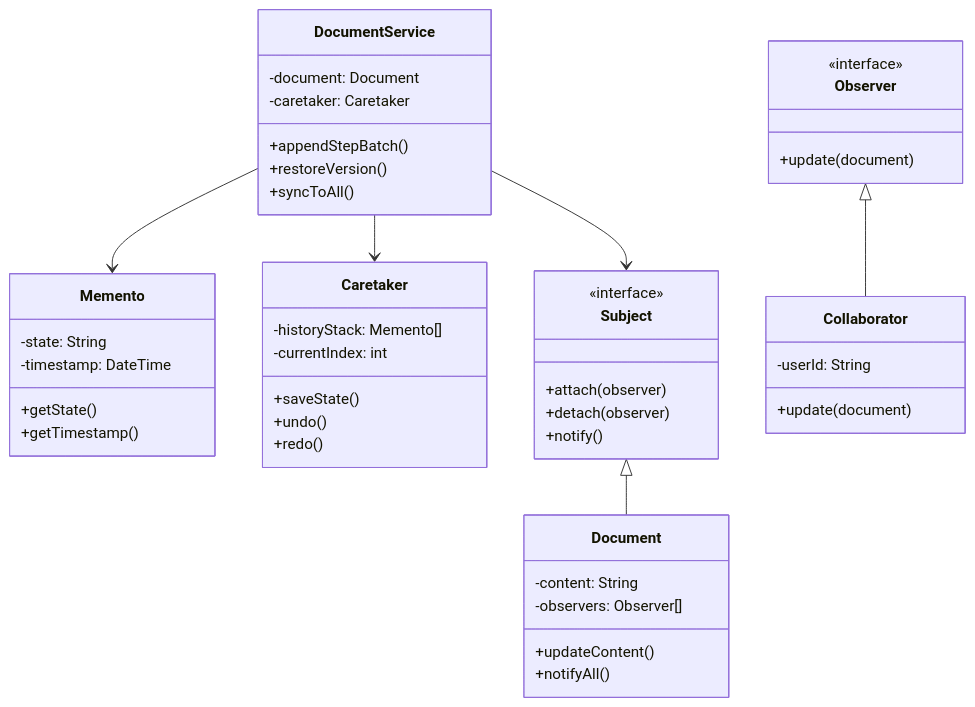
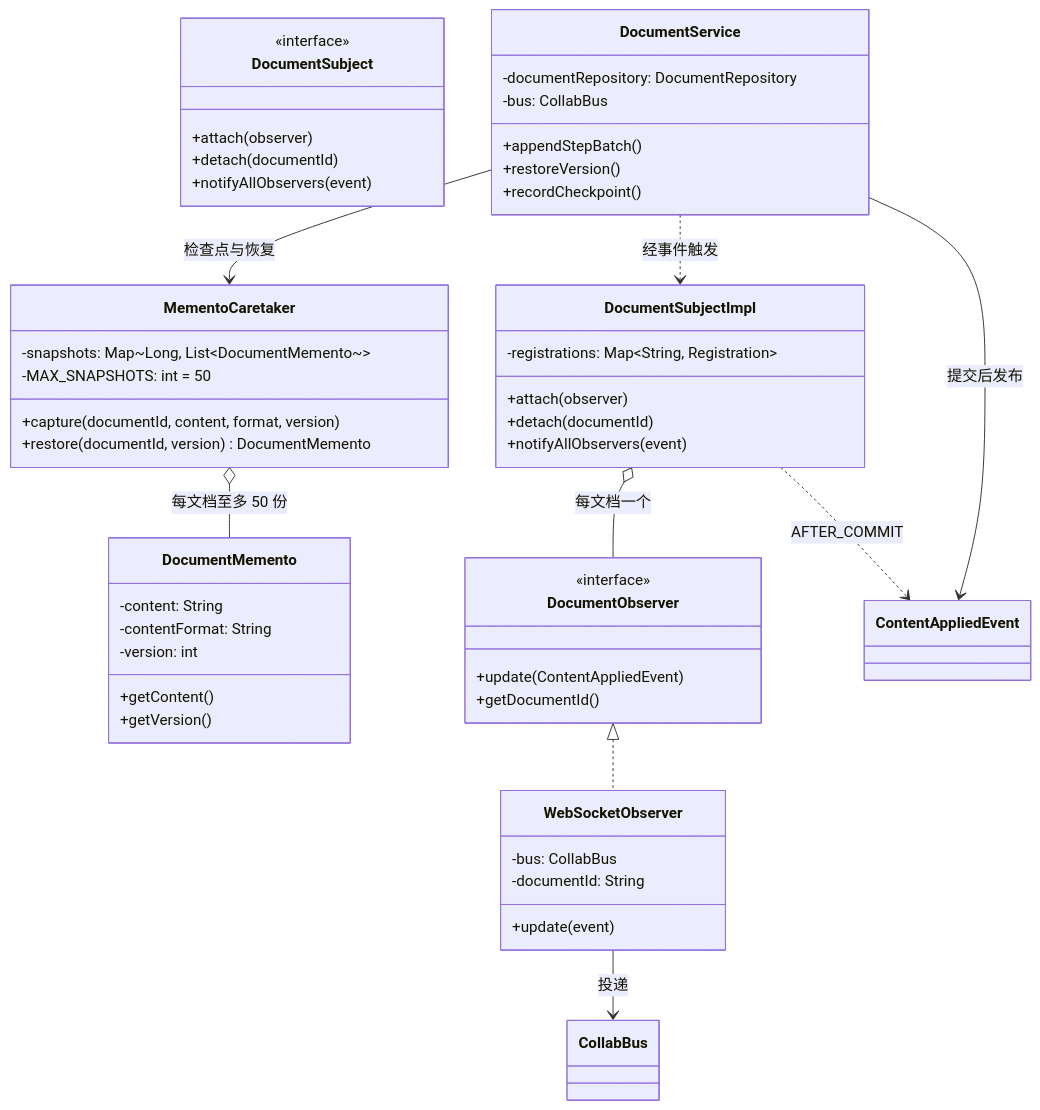
The second of 10 diagrams in 系统模式结构图.md (sky8791-flash/project-design), drawn with Mermaid before and after one commit. The commit also changed other lines of this file and 11 other files, not shown here.

````diff
--- a/系统模式结构图.md
+++ b/系统模式结构图.md
@@ -32,55 +41,60 @@
 ```mermaid
 classDiagram
-    class Memento {
-        -state: String
-        -timestamp: DateTime
-        +getState()
-        +getTimestamp()
+    class DocumentMemento {
+        -content: String
+        -contentFormat: String
+        -version: int
+        +getContent()
+        +getVersion()
     }
     
-    class Caretaker {
-        -historyStack: Memento[]
-        -currentIndex: int
-        +saveState()
-        +undo()
-        +redo()
+    class MementoCaretaker {
+        -snapshots: Map~Long, List~DocumentMemento~~
+        -MAX_SNAPSHOTS: int = 50
+        +capture(documentId, content, format, version)
+        +restore(documentId, version) DocumentMemento
     }
     
-    class Subject {
+    class DocumentSubject {
         <<interface>>
         +attach(observer)
-        +detach(observer)
-        +notify()
+        +detach(documentId)
+        +notifyAllObservers(event)
     }
     
-    class Document {
-        -content: String
-        -observers: Observer[]
-        +updateContent()
-        +notifyAll()
+    class DocumentSubjectImpl {
+        -registrations: Map~String, Registration~
+        +attach(observer)
+        +detach(documentId)
+        +notifyAllObservers(event)
     }
     
-    class Observer {
+    class DocumentObserver {
         <<interface>>
-        +update(document)
+        +update(ContentAppliedEvent)
+        +getDocumentId()
     }
     
-    class Collaborator {
-        -userId: String
-        +update(document)
+    class WebSocketObserver {
+        -bus: CollabBus
+        -documentId: String
+        +update(event)
     }
     
     class DocumentService {
-        -document: Document
-        -caretaker: Caretaker
+        -documentRepository: DocumentRepository
+        -bus: CollabBus
         +appendStepBatch()
         +restoreVersion()
-        +syncToAll()
+        +recordCheckpoint()
     }
     
-    Subject <|-- Document
-    Observer <|-- Collaborator
-    DocumentService --> Memento
-    DocumentService --> Subject
-    DocumentService --> Caretaker
+    DocumentSubjectImpl o-- DocumentObserver : 每文档一个
+    DocumentObserver <|.. WebSocketObserver
+    DocumentService --> MementoCaretaker : 检查点与恢复
+    MementoCaretaker o-- DocumentMemento : 每文档至多 50 份
+    WebSocketObserver --> CollabBus : 投递
+    DocumentService --> ContentAppliedEvent : 提交后发布
+    DocumentService ..> DocumentSubjectImpl : 经事件触发
+    DocumentSubjectImpl ..> ContentAppliedEvent : AFTER_COMMIT
 ```
````
